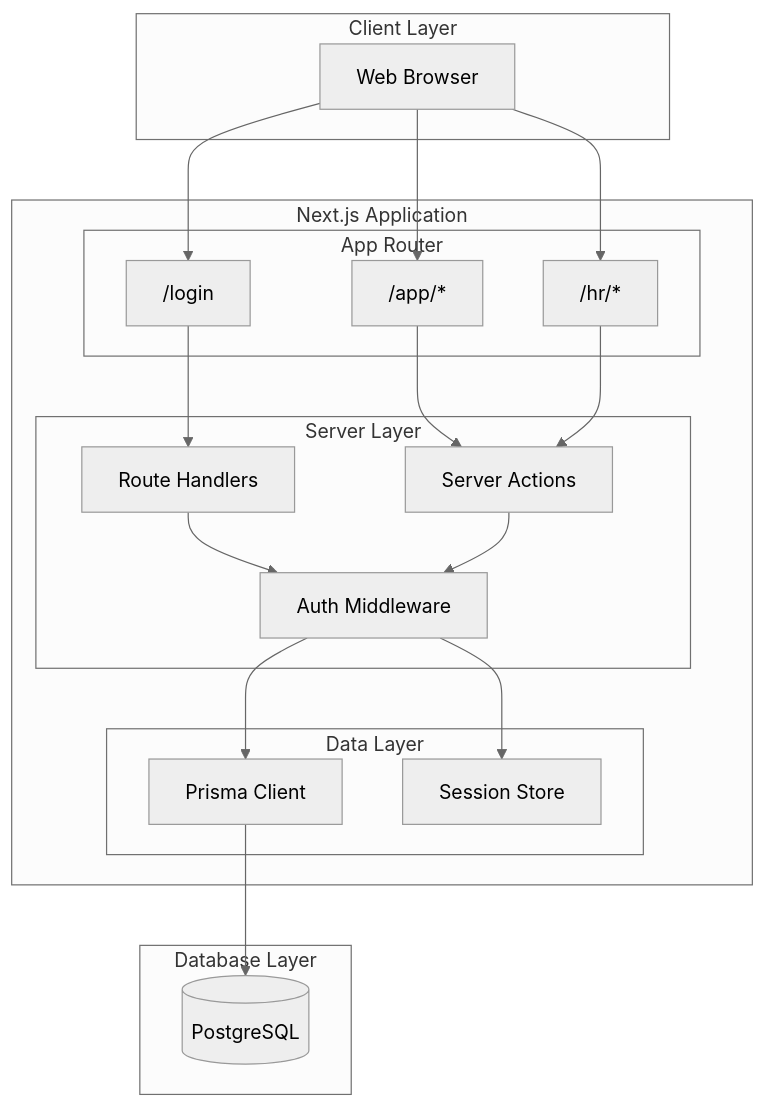
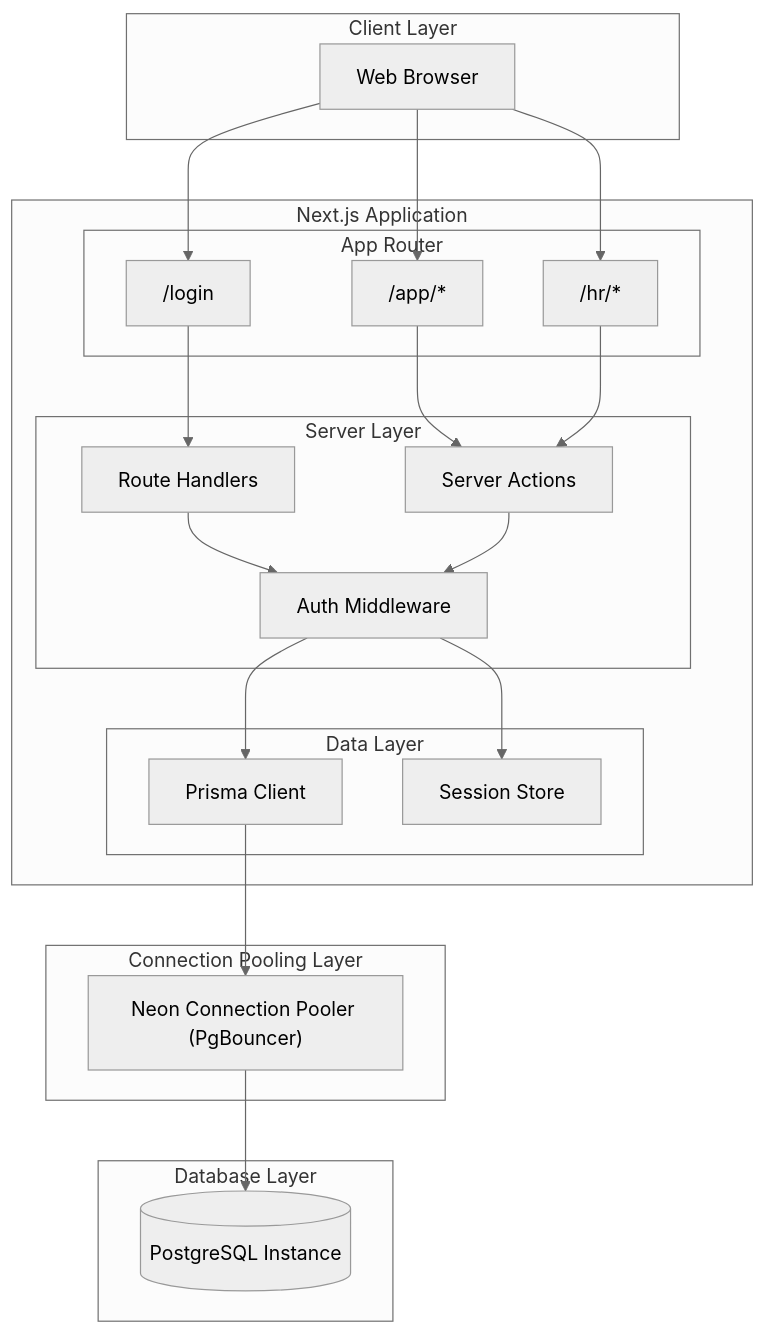
The first of 3 diagrams in design.md (Aryan-040/Metrics), drawn with Mermaid (neutral theme) before and after one commit. The commit also changed other lines of this file, not shown here.

Commit message:
docs: add connection pooling layer to system architecture diagrams

````diff
--- a/design.md
+++ b/design.md
@@ -25,44 +25,49 @@
 ```mermaid
 graph TB
     subgraph "Client Layer"
         Browser[Web Browser]
     end
     
     subgraph "Next.js Application"
         subgraph "App Router"
             Login["/login"]
             EmployeeApp["/app/*"]
             HRApp["/hr/*"]
         end
         
         subgraph "Server Layer"
             RouteHandlers[Route Handlers]
             ServerActions[Server Actions]
             Middleware[Auth Middleware]
         end
         
         subgraph "Data Layer"
             PrismaClient[Prisma Client]
             SessionStore[Session Store]
         end
     end
+
+    subgraph "Connection Pooling Layer"
+        NeonPooler["Neon Connection Pooler (PgBouncer)"]
+    end
     
     subgraph "Database Layer"
-        PostgreSQL[(PostgreSQL)]
+        PostgreSQL[(PostgreSQL Instance)]
     end
     
     Browser --> Login
     Browser --> EmployeeApp
     Browser --> HRApp
     
     Login --> RouteHandlers
     EmployeeApp --> ServerActions
     HRApp --> ServerActions
     
     RouteHandlers --> Middleware
     ServerActions --> Middleware
     Middleware --> PrismaClient
-    PrismaClient --> PostgreSQL
+    PrismaClient --> NeonPooler
+    NeonPooler --> PostgreSQL
     
     Middleware --> SessionStore
 ```
````
